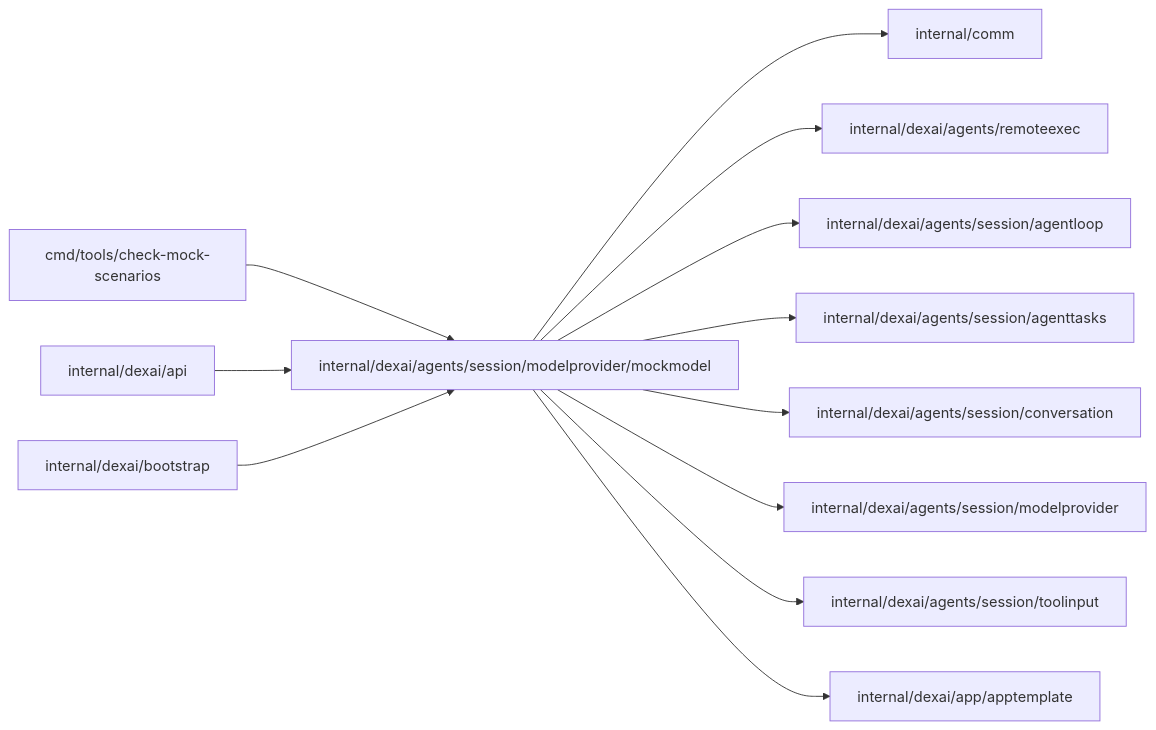
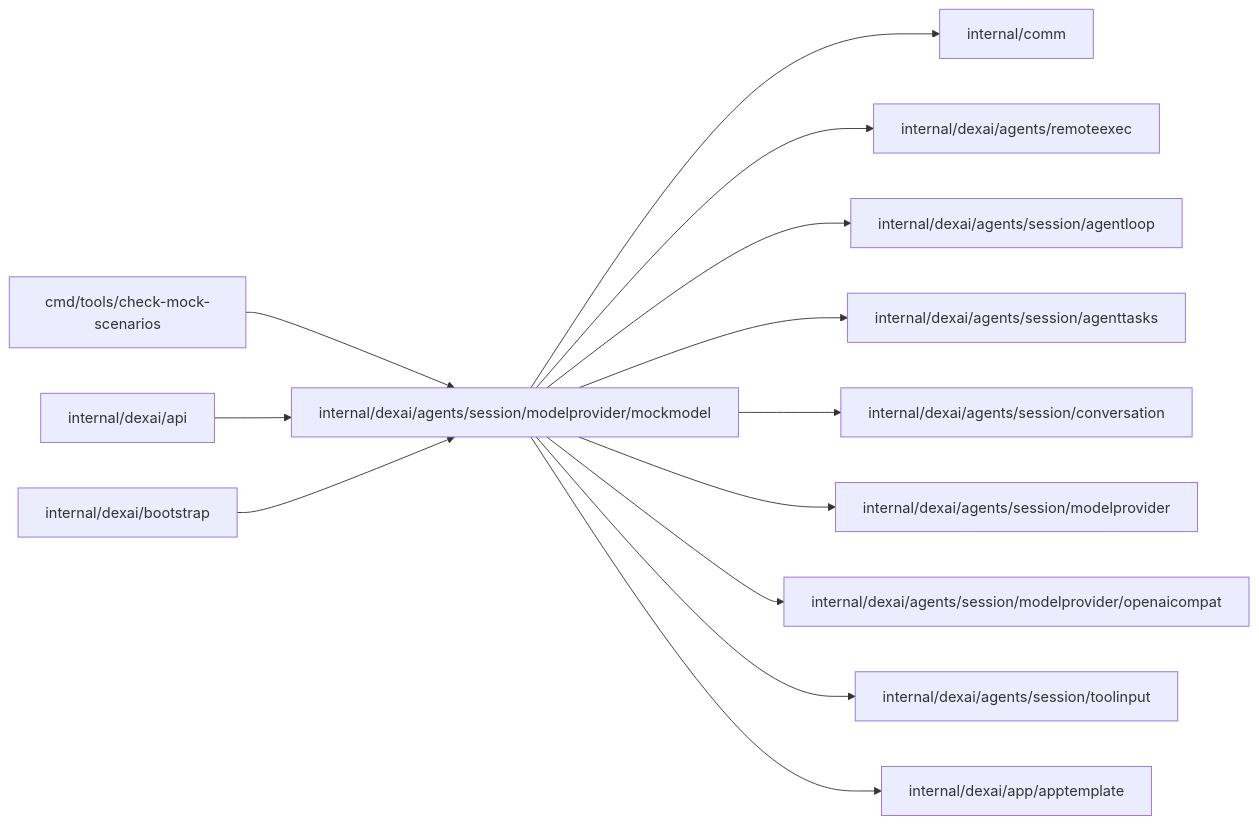
One commit to superdurable/superverse changed the diagram in internal/dexai/agents/session/modelprovider/mockmodel/README.md. Above: the diagram before and after it, drawn with Mermaid. The commit also changed other lines of this file and 51 other files, not shown here.

````diff
--- a/internal/dexai/agents/session/modelprovider/mockmodel/README.md
+++ b/internal/dexai/agents/session/modelprovider/mockmodel/README.md
@@ -10,15 +10,16 @@
 ```mermaid
 flowchart LR
   self["internal/dexai/agents/session/modelprovider/mockmodel"]
   c0["cmd/tools/check-mock-scenarios"] --> self
   c1["internal/dexai/api"] --> self
   c2["internal/dexai/bootstrap"] --> self
   self --> d0["internal/comm"]
   self --> d1["internal/dexai/agents/remoteexec"]
   self --> d2["internal/dexai/agents/session/agentloop"]
   self --> d3["internal/dexai/agents/session/agenttasks"]
   self --> d4["internal/dexai/agents/session/conversation"]
   self --> d5["internal/dexai/agents/session/modelprovider"]
-  self --> d6["internal/dexai/agents/session/toolinput"]
-  self --> d7["internal/dexai/app/apptemplate"]
+  self --> d6["internal/dexai/agents/session/modelprovider/openaicompat"]
+  self --> d7["internal/dexai/agents/session/toolinput"]
+  self --> d8["internal/dexai/app/apptemplate"]
 ```
````
